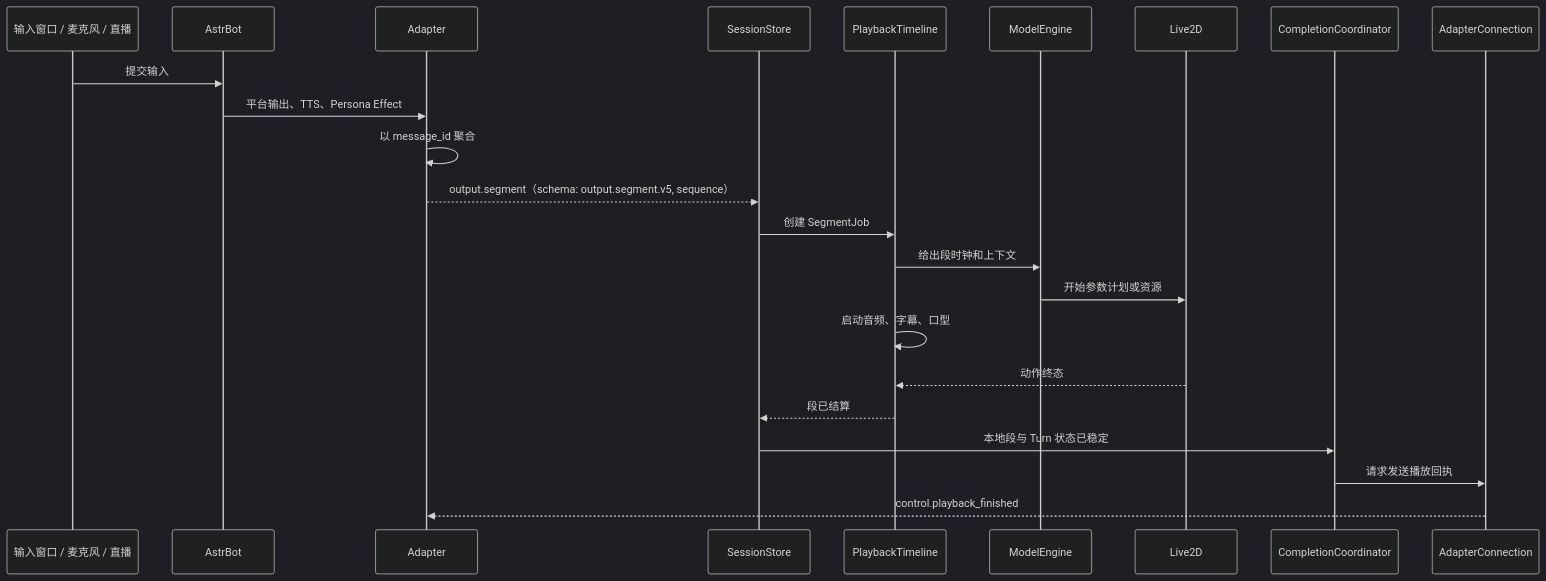
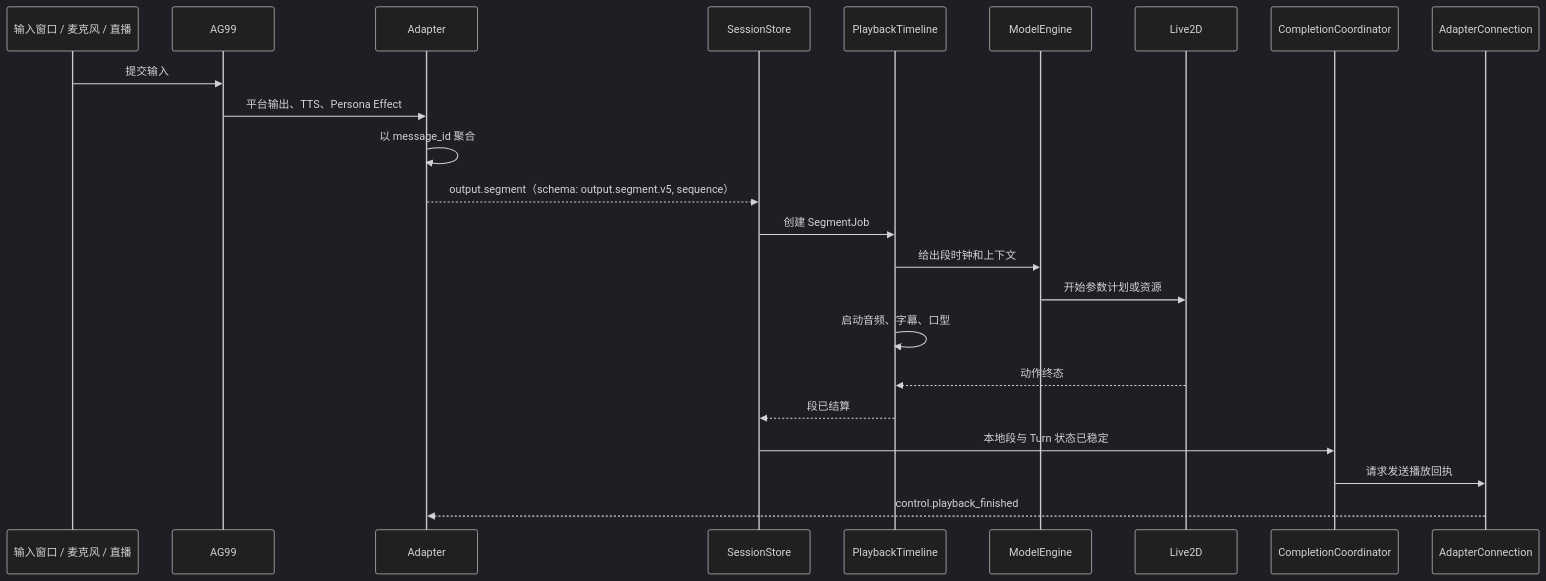
Before and after one commit to murphys7017/AG99live: the diagram in docs/01-架构与结构/05-端到端消息播放时序.md, drawn with Mermaid (dark theme). The commit also changed 19 other files, not shown here.

Commit message:
docs: clarify AG99live product positioning and roadmap

````diff
--- a/docs/01-架构与结构/05-端到端消息播放时序.md
+++ b/docs/01-架构与结构/05-端到端消息播放时序.md
@@ -5,26 +5,26 @@
 ```mermaid
 sequenceDiagram
     participant I as 输入窗口 / 麦克风 / 直播
-    participant A as AstrBot
+    participant A as AG99
     participant P as Adapter
     participant S as SessionStore
     participant T as PlaybackTimeline
     participant M as ModelEngine
     participant L as Live2D
     participant C as CompletionCoordinator
     participant W as AdapterConnection
 
     I->>A: 提交输入
     A->>P: 平台输出、TTS、Persona Effect
     P->>P: 以 message_id 聚合
     P-->>S: output.segment（schema: output.segment.v5, sequence）
     S->>T: 创建 SegmentJob
     T->>M: 给出段时钟和上下文
     M->>L: 开始参数计划或资源
     T->>T: 启动音频、字幕、口型
     L-->>T: 动作终态
     T-->>S: 段已结算
     S->>C: 本地段与 Turn 状态已稳定
     C->>W: 请求发送播放回执
     W-->>P: control.playback_finished
 ```
````
